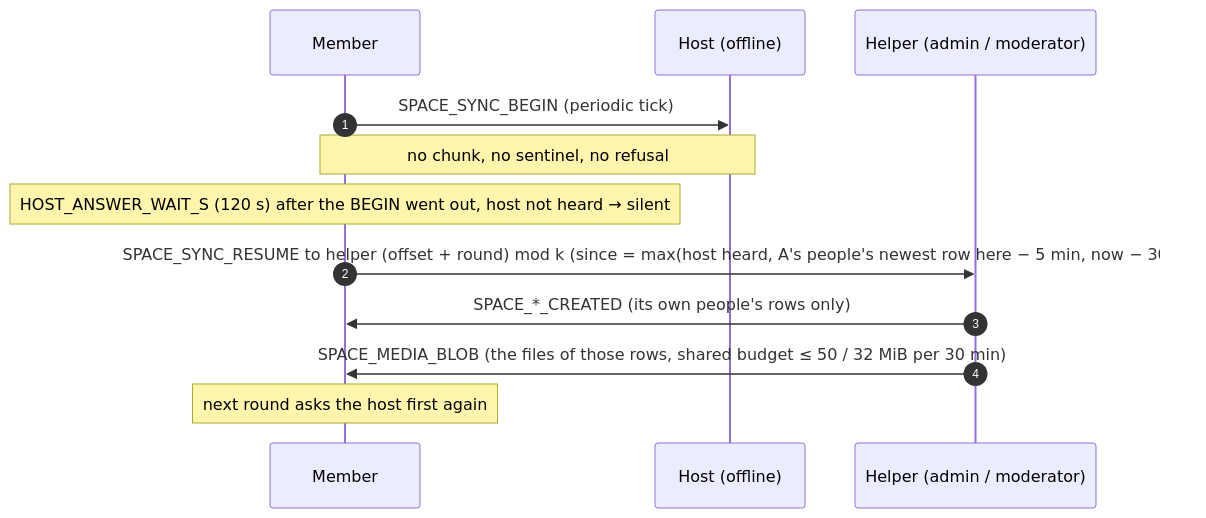
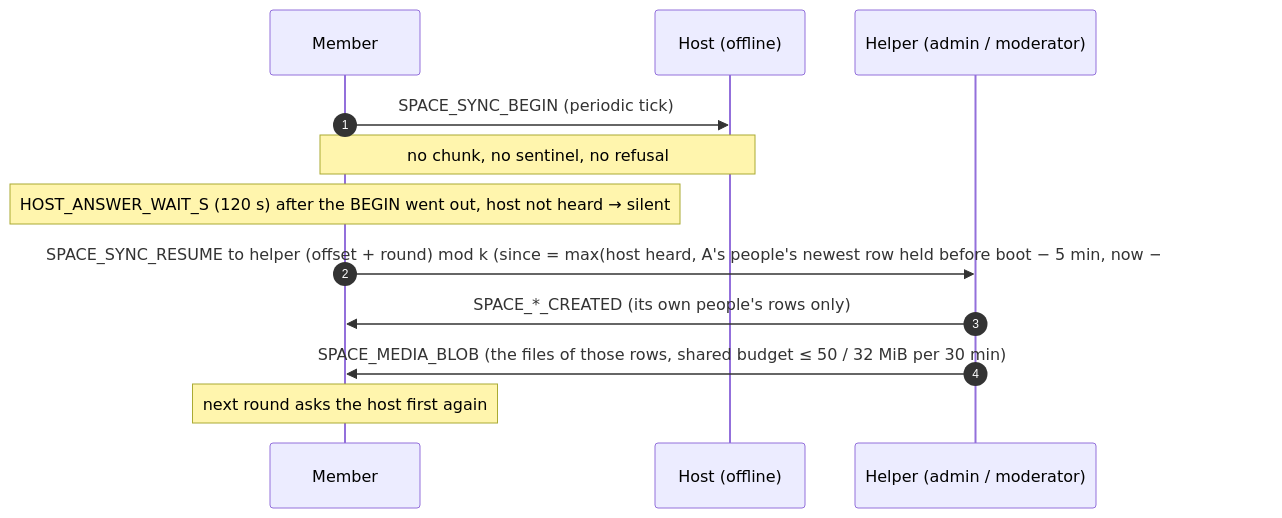
The fourth of 4 diagrams in docs/protocol/sync.md (social-home-io/socialhome), drawn with Mermaid before and after one commit. The commit also changed other lines of this file and 17 other files, not shown here.

First line of the commit message:
A helper's catch-up always starts before the gap

````diff
--- a/docs/protocol/sync.md
+++ b/docs/protocol/sync.md
@@ -243,14 +259,14 @@
 ```mermaid
 sequenceDiagram
     autonumber
     participant M as Member
     participant H as Host (offline)
     participant A as Helper (admin / moderator)
     M->>H: SPACE_SYNC_BEGIN (periodic tick)
     Note over M,H: no chunk, no sentinel, no refusal
     Note over M: HOST_ANSWER_WAIT_S (120 s) after the BEGIN went out, host not heard → silent
-    M->>A: SPACE_SYNC_RESUME to helper (offset + round) mod k (since = max(host heard, A's people's newest row here − 5 min, now − 30 d))
+    M->>A: SPACE_SYNC_RESUME to helper (offset + round) mod k (since = max(host heard, A's people's newest row held before boot − 5 min, now − 30 d) ≤ now)
     A->>M: SPACE_*_CREATED (its own people's rows only)
     A->>M: SPACE_MEDIA_BLOB (the files of those rows, shared budget ≤ 50 / 32 MiB per 30 min)
     Note over M: next round asks the host first again
 ```
````
